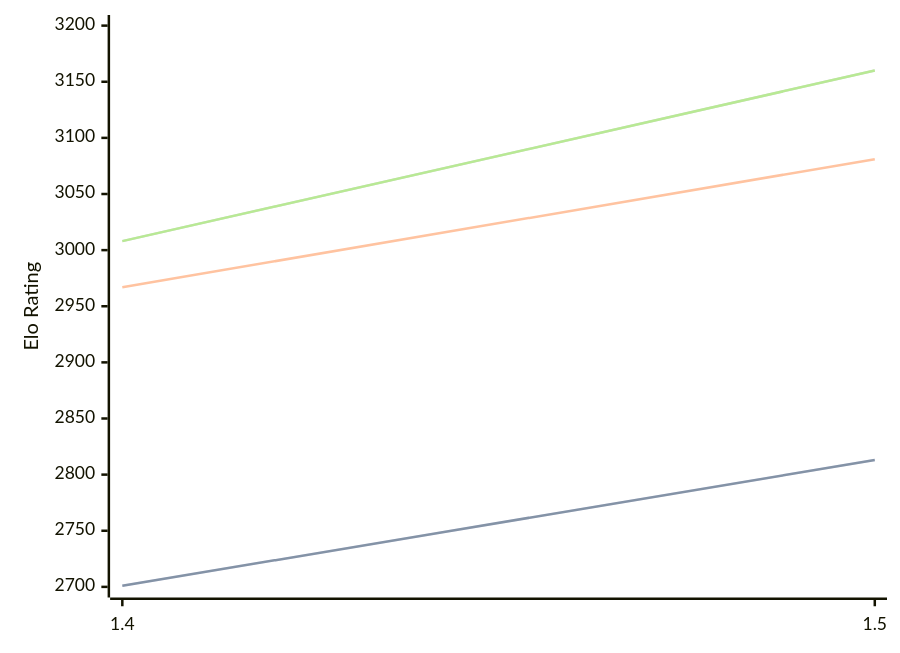
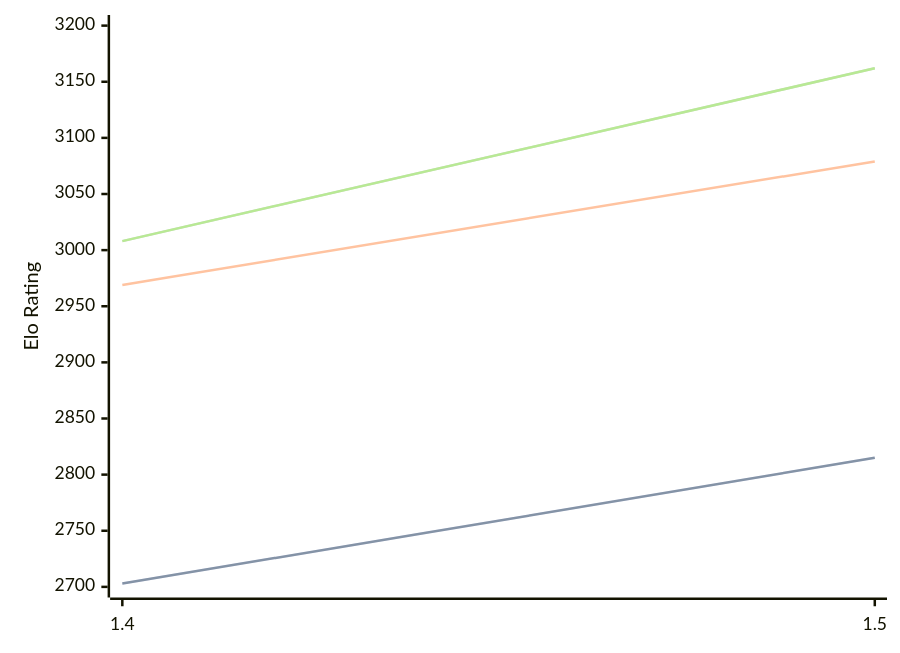
One commit to computer-chess-index/cci changed the diagram in engines/Yakka.md. Above: the diagram before and after it, drawn with Mermaid. The commit also changed other lines of this file, not shown here.

Commit message:
Update CCI Ratings (ELO VLTC) - 2026-05-14

````diff
--- a/engines/Yakka.md
+++ b/engines/Yakka.md
@@ -36,11 +36,11 @@
 ```mermaid
 %%{init: {"theme":"base","themeVariables":{"seriesColors:['#a3a3a3','#222221','#faa371']}}}%%
 xychart-beta
   x-axis ["1.4", "1.5"]
   y-axis "Elo Rating" 2700 --> 3200
-  line "STC (8.0+0.08s)" [2701, 2813]
-  line "STC (8.0+0.08s)" [2701, 2813]
-  line "LTC (60.0+0.60s)" [2967, 3081]
-  line "VLTC (2m24s+1.12s)" [3008, 3160]
-  line "VLTC (2m24s+1.12s)" [3008, 3160]
+  line "STC (8.0+0.08s)" [2703, 2815]
+  line "STC (8.0+0.08s)" [2703, 2815]
+  line "LTC (60.0+0.60s)" [2969, 3079]
+  line "VLTC (2m24s+1.12s)" [3008, 3162]
+  line "VLTC (2m24s+1.12s)" [3008, 3162]
 ```
````
